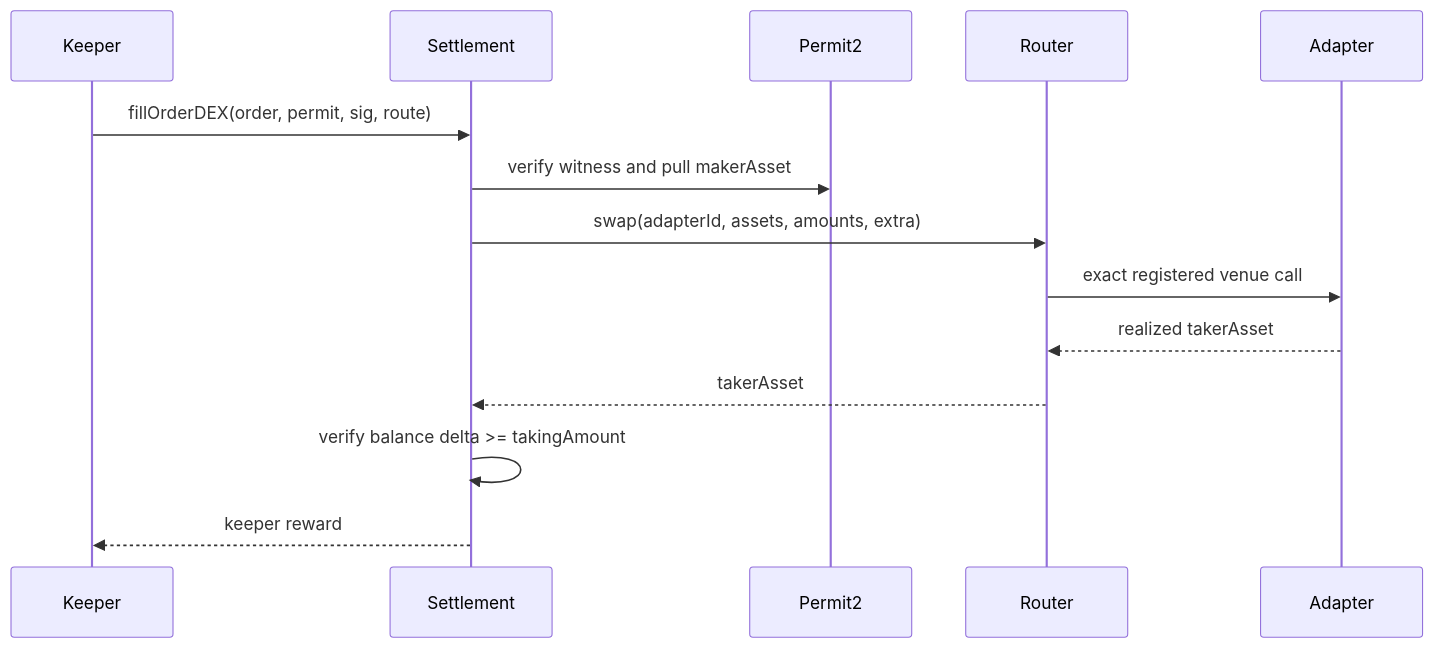
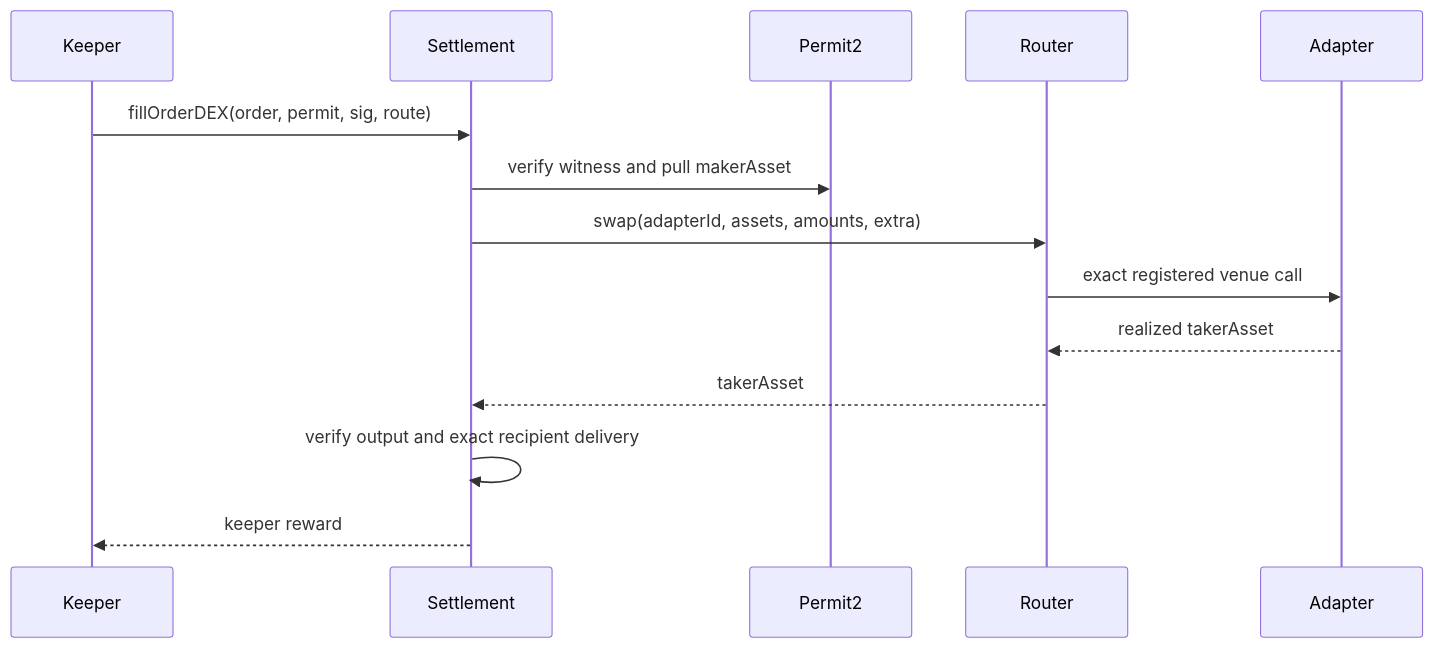
One commit to Seltra-Finance/Limit-Order-Frontend changed the diagram in content/docs/concepts/dex-settlement.mdx. Above: the diagram before and after it, drawn with Mermaid. The commit also changed other lines of this file and 19 other files, not shown here.

````diff
--- a/content/docs/concepts/dex-settlement.mdx
+++ b/content/docs/concepts/dex-settlement.mdx
@@ -10,16 +10,16 @@
 ```mermaid
 sequenceDiagram
     participant K as Keeper
     participant S as Settlement
     participant P as Permit2
     participant R as Router
     participant A as Adapter
     K->>S: fillOrderDEX(order, permit, sig, route)
     S->>P: verify witness and pull makerAsset
     S->>R: swap(adapterId, assets, amounts, extra)
     R->>A: exact registered venue call
     A-->>R: realized takerAsset
     R-->>S: takerAsset
-    S->>S: verify balance delta >= takingAmount
+    S->>S: verify output and exact recipient delivery
     S-->>K: keeper reward
 ```
````
